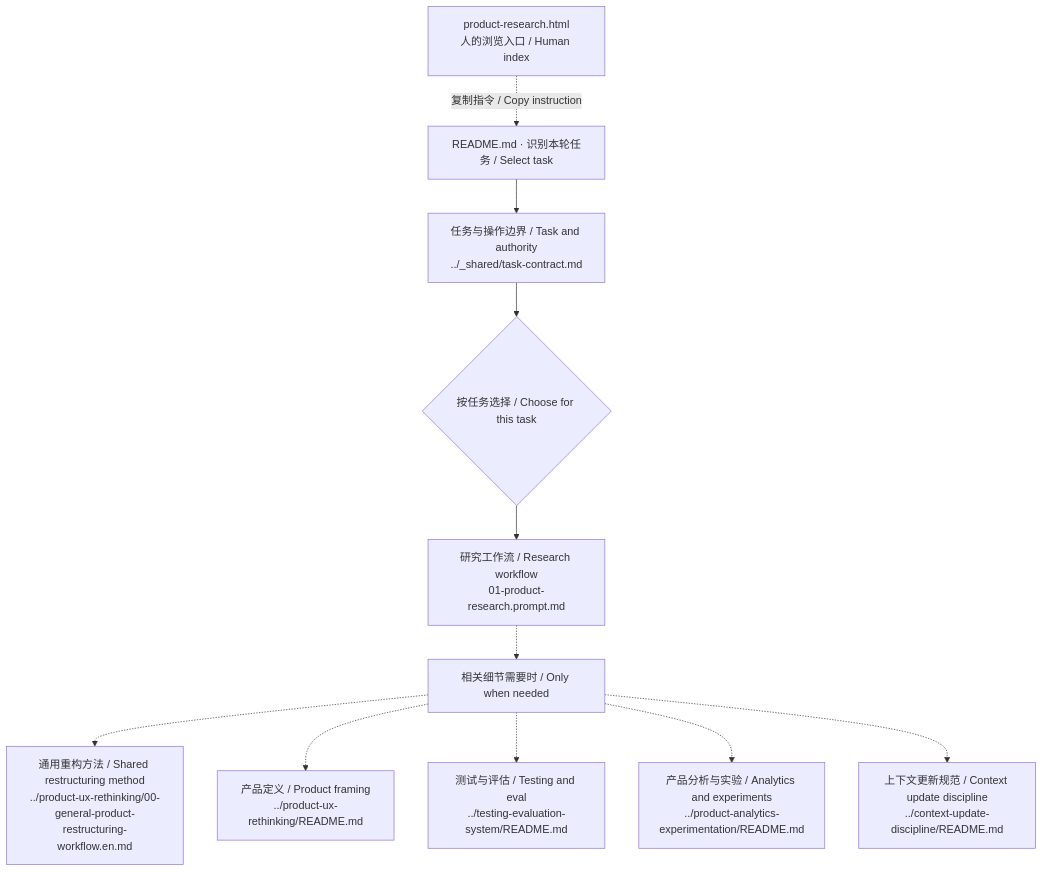
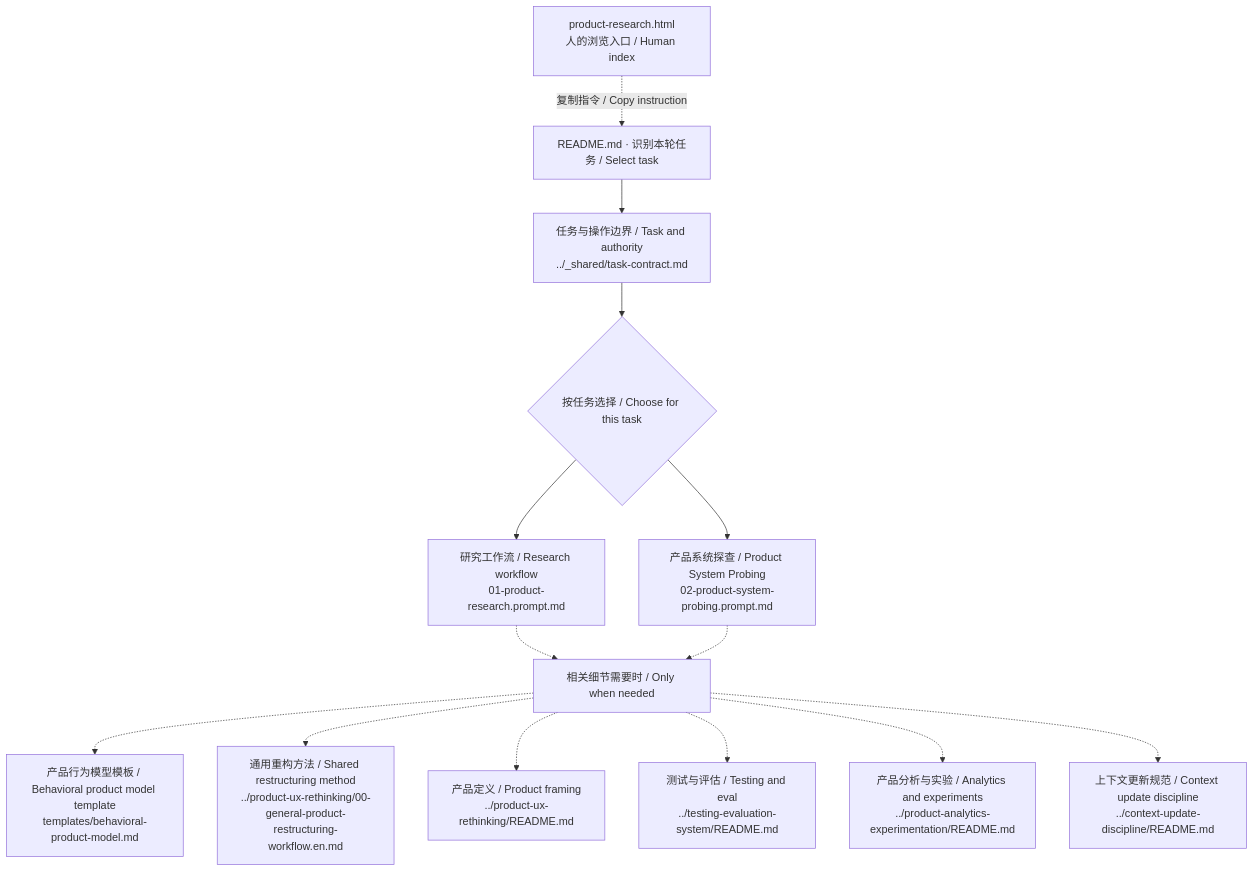
The diagram in prompts/product-research/file-map.md (CD3-github/product-practice-library), drawn with Mermaid before and after one commit. The commit also changed other lines of this file and 23 other files, not shown here.

Commit message:
Add product system probing research route

````diff
--- a/prompts/product-research/file-map.md
+++ b/prompts/product-research/file-map.md
@@ -15,24 +15,29 @@
 ```mermaid
 flowchart TD
   H["product-research.html<br/>人的浏览入口 / Human index"]
   E["README.md · 识别本轮任务 / Select task"]
   H -. "复制指令 / Copy instruction" .-> E
   Q0["任务与操作边界 / Task and authority<br/>../_shared/task-contract.md"]
   E --> Q0
   S{"按任务选择 / Choose for this task"}
   Q0 --> S
   W0["研究工作流 / Research workflow<br/>01-product-research.prompt.md"]
   S --> W0
+  W1["产品系统探查 / Product System Probing<br/>02-product-system-probing.prompt.md"]
+  S --> W1
   O["相关细节需要时 / Only when needed"]
   W0 -.-> O
-  R0["通用重构方法 / Shared restructuring method<br/>../product-ux-rethinking/00-general-product-restructuring-workflow.en.md"]
+  W1 -.-> O
+  R0["产品行为模型模板 / Behavioral product model template<br/>templates/behavioral-product-model.md"]
   O -.-> R0
-  R1["产品定义 / Product framing<br/>../product-ux-rethinking/README.md"]
+  R1["通用重构方法 / Shared restructuring method<br/>../product-ux-rethinking/00-general-product-restructuring-workflow.en.md"]
   O -.-> R1
-  R2["测试与评估 / Testing and eval<br/>../testing-evaluation-system/README.md"]
+  R2["产品定义 / Product framing<br/>../product-ux-rethinking/README.md"]
   O -.-> R2
-  R3["产品分析与实验 / Analytics and experiments<br/>../product-analytics-experimentation/README.md"]
+  R3["测试与评估 / Testing and eval<br/>../testing-evaluation-system/README.md"]
   O -.-> R3
-  R4["上下文更新规范 / Context update discipline<br/>../context-update-discipline/README.md"]
+  R4["产品分析与实验 / Analytics and experiments<br/>../product-analytics-experimentation/README.md"]
   O -.-> R4
+  R5["上下文更新规范 / Context update discipline<br/>../context-update-discipline/README.md"]
+  O -.-> R5
 ```
````
